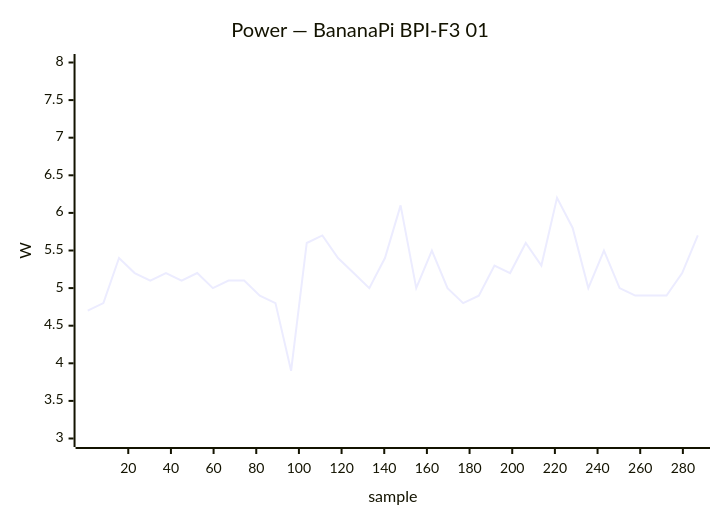
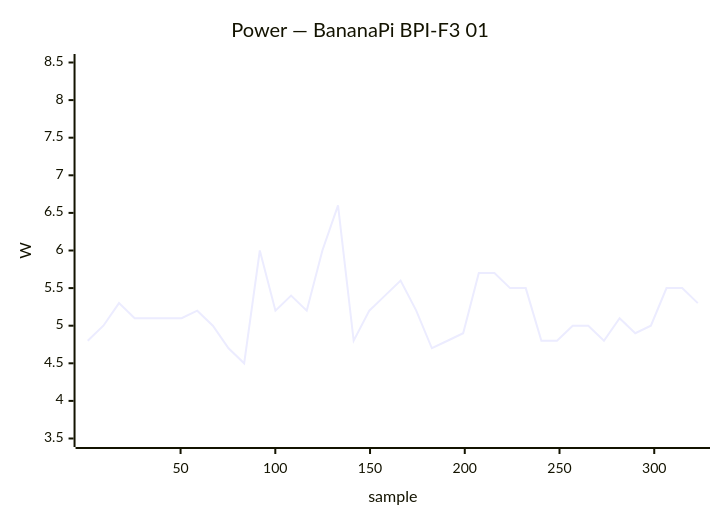
One commit to armbian/documentation changed diagram 15 of 40 in docs/status/board-tests.md. Above: the diagram before and after it, drawn with Mermaid. The commit also changed other lines of this file, not shown here.

````diff
--- a/docs/status/board-tests.md
+++ b/docs/status/board-tests.md
@@ -400,7 +632,7 @@
 ```mermaid
 xychart-beta
     title "Power — BananaPi BPI-F3 01"
-    x-axis "sample" 1 --> 287
-    y-axis "W" 3.0 --> 8.0
-    line [4.7, 4.8, 5.4, 5.2, 5.1, 5.2, 5.1, 5.2, 5.0, 5.1, 5.1, 4.9, 4.8, 3.9, 5.6, 5.7, 5.4, 5.2, 5.0, 5.4, 6.1, 5.0, 5.5, 5.0, 4.8, 4.9, 5.3, 5.2, 5.6, 5.3, 6.2, 5.8, 5.0, 5.5, 5.0, 4.9, 4.9, 4.9, 5.2, 5.7]
+    x-axis "sample" 1 --> 323
+    y-axis "W" 3.5 --> 8.5
+    line [4.8, 5.0, 5.3, 5.1, 5.1, 5.1, 5.1, 5.2, 5.0, 4.7, 4.5, 6.0, 5.2, 5.4, 5.2, 6.0, 6.6, 4.8, 5.2, 5.4, 5.6, 5.2, 4.7, 4.8, 4.9, 5.7, 5.7, 5.5, 5.5, 4.8, 4.8, 5.0, 5.0, 4.8, 5.1, 4.9, 5.0, 5.5, 5.5, 5.3]
 ```
````
